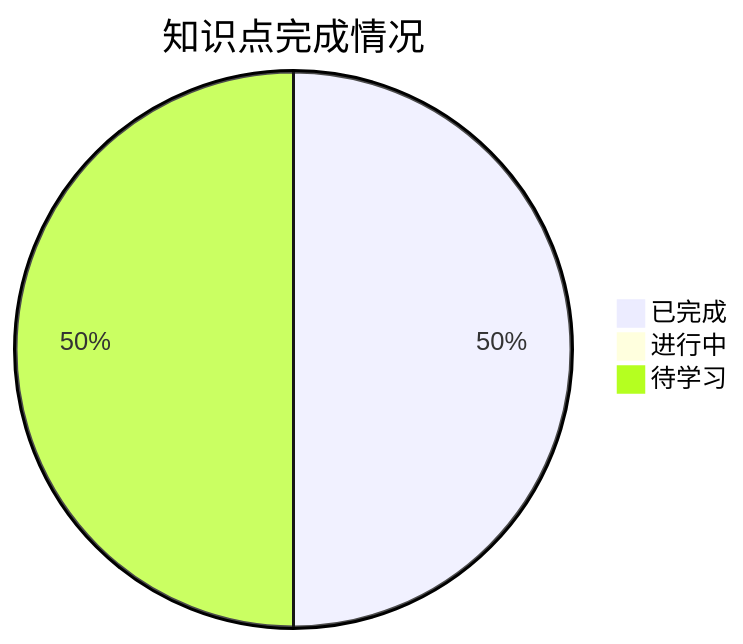
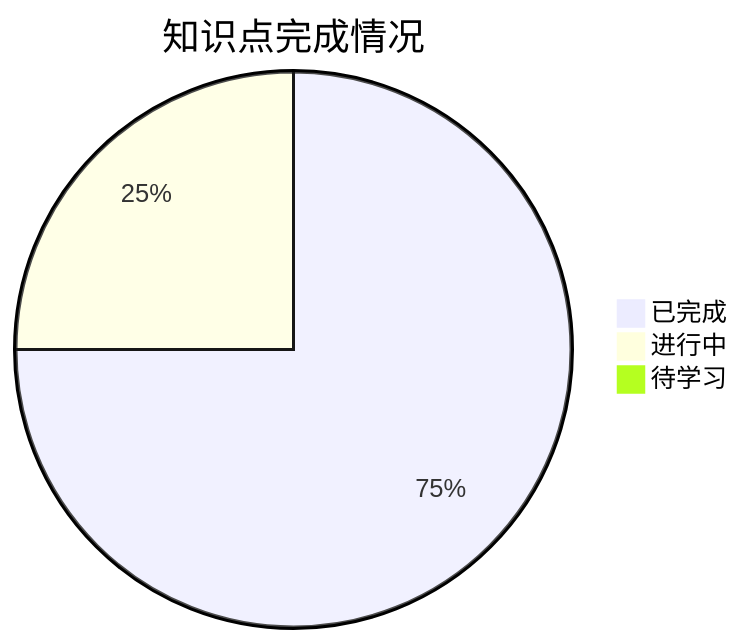
Before and after one commit to Treasoni/kaoyan: the diagram in 考研专业课/数字电子技术/1-数字与码制/📊 学习进度.md, drawn with Mermaid. The commit also changed other lines of this file and 4 other files, not shown here.

````diff
--- a/考研专业课/数字电子技术/1-数字与码制/📊 学习进度.md
+++ b/考研专业课/数字电子技术/1-数字与码制/📊 学习进度.md
@@ -14,6 +14,6 @@
 ```mermaid
 pie title 知识点完成情况
-    "已完成" : 2
-    "进行中" : 0
-    "待学习" : 2
+    "已完成" : 3
+    "进行中" : 1
+    "待学习" : 0
 ```
````
